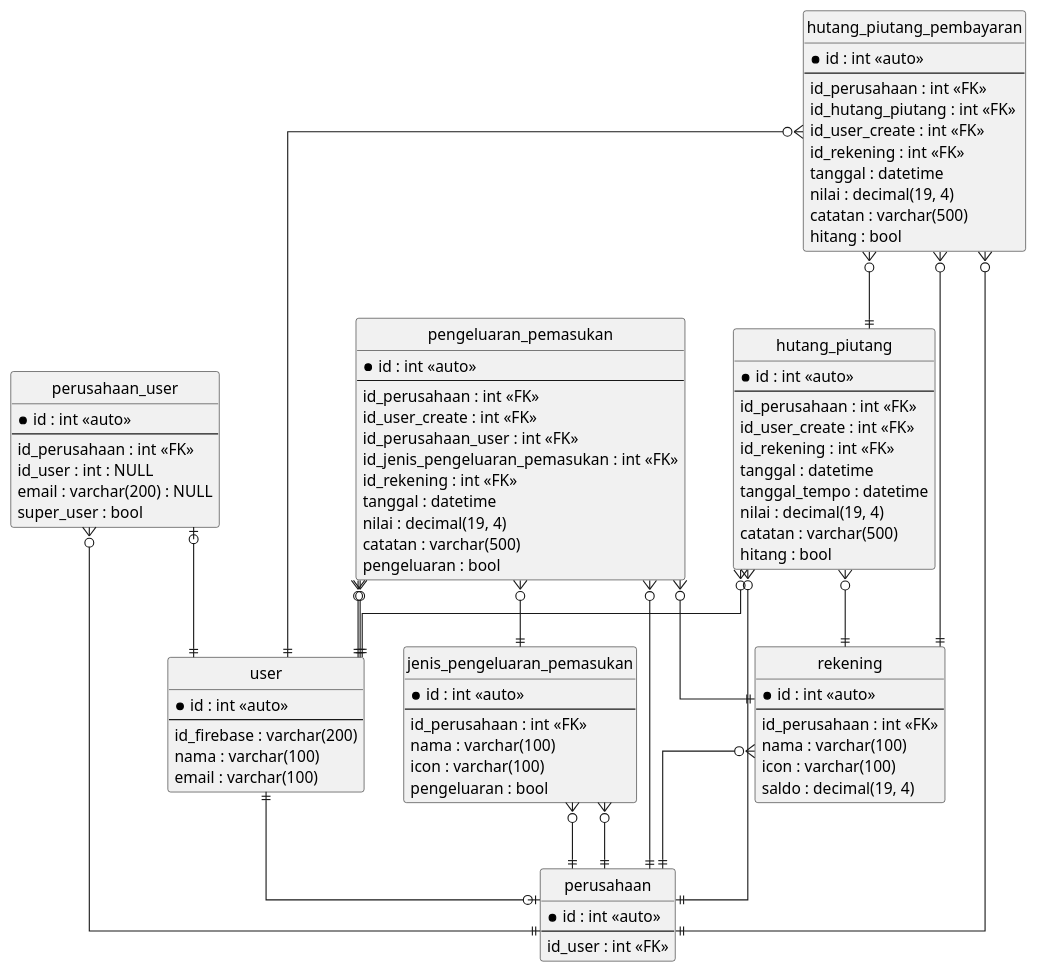
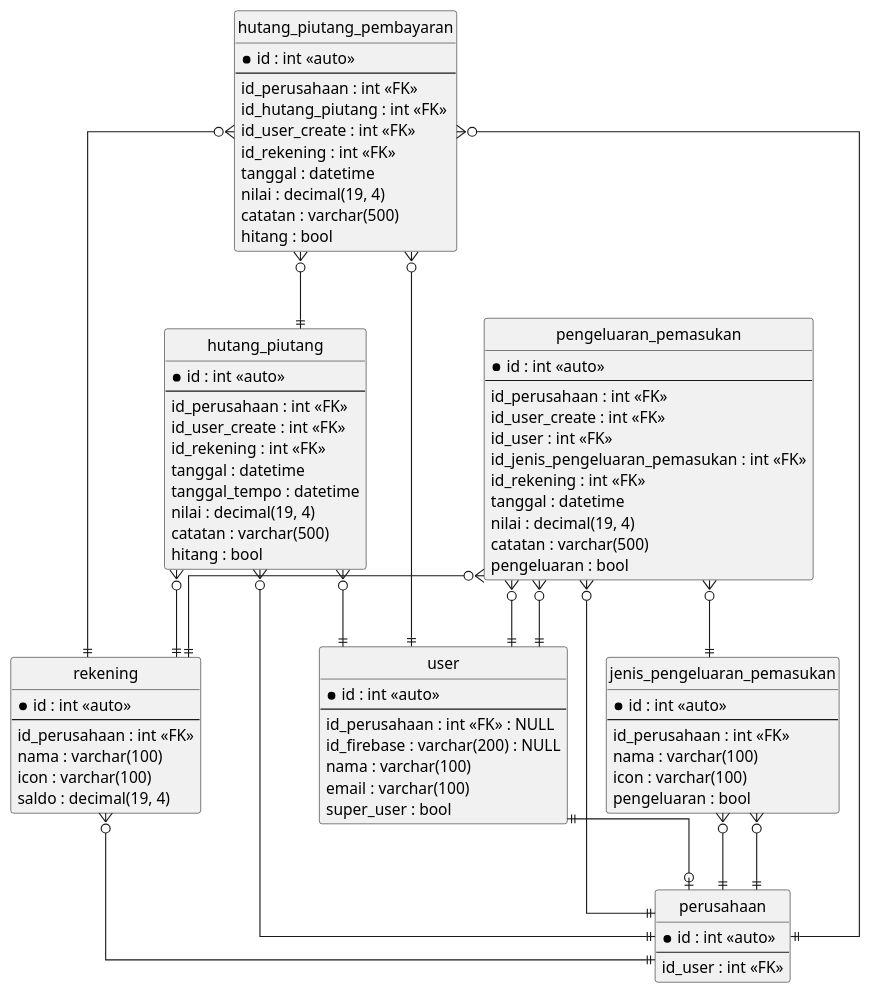
The diagram in rancangan/2.erd.pu (debayus/catatan-keuangan-online), drawn with PlantUML before and after one commit. The commit also changed 24 other files, not shown here.

```diff
--- a/rancangan/2.erd.pu
+++ b/rancangan/2.erd.pu
@@ -1,106 +1,97 @@
 @startuml sample
 
 hide circle
 skinparam linetype ortho
 
 entity "user" as user {
     *id : int <<auto>>
     --
-    id_firebase : varchar(200)
+    id_perusahaan : int <<FK>> : NULL
+    id_firebase : varchar(200) : NULL
     nama : varchar(100)
     email : varchar(100)
+    super_user : bool
 }
 
 entity "perusahaan" as perusahaan {
     *id : int <<auto>>
     --
     id_user : int <<FK>>
-}
-
-entity "perusahaan_user" as perusahaan_user {
-    *id : int <<auto>>
-    --
-    id_perusahaan : int <<FK>>
-    id_user : int : NULL
-    email : varchar(200) : NULL
-    super_user : bool
 }
 
 entity "rekening" as rekening {
     *id : int <<auto>>
     --
     id_perusahaan : int <<FK>>
     nama : varchar(100)
     icon : varchar(100)
     saldo : decimal(19, 4)
 }
 
 entity "jenis_pengeluaran_pemasukan" as jenis_pengeluaran_pemasukan {
     *id : int <<auto>>
     --
     id_perusahaan : int <<FK>>
     nama : varchar(100)
     icon : varchar(100)
     pengeluaran : bool
 }
 
 entity "pengeluaran_pemasukan" as pengeluaran_pemasukan {
     *id : int <<auto>>
     --
     id_perusahaan : int <<FK>>
     id_user_create : int <<FK>>
-    id_perusahaan_user : int <<FK>>
+    id_user : int <<FK>>
     id_jenis_pengeluaran_pemasukan : int <<FK>>
     id_rekening : int <<FK>>
     tanggal : datetime
     nilai : decimal(19, 4)
     catatan : varchar(500)
     pengeluaran : bool
 }
 
 entity "hutang_piutang" as hutang_piutang {
     *id : int <<auto>>
     --
     id_perusahaan : int <<FK>>
     id_user_create : int <<FK>>
     id_rekening : int <<FK>>
     tanggal : datetime
     tanggal_tempo : datetime
     nilai : decimal(19, 4)
     catatan : varchar(500)
     hitang : bool
 }
 
 entity "hutang_piutang_pembayaran" as hutang_piutang_pembayaran {
     *id : int <<auto>>
     --
     id_perusahaan : int <<FK>>
     id_hutang_piutang : int <<FK>>
     id_user_create : int <<FK>>
     id_rekening : int <<FK>>
     tanggal : datetime
     nilai : decimal(19, 4)
     catatan : varchar(500)
     hitang : bool
 }
 
 user ||--o| perusahaan
-perusahaan_user }o--|| perusahaan
-perusahaan_user |o--|| user
 rekening }o--|| perusahaan
 jenis_pengeluaran_pemasukan }o--|| perusahaan
 jenis_pengeluaran_pemasukan }o--|| perusahaan
 pengeluaran_pemasukan }o--|| perusahaan
 pengeluaran_pemasukan }o--|| user
 pengeluaran_pemasukan }o--|| user
 pengeluaran_pemasukan }o--|| jenis_pengeluaran_pemasukan
 pengeluaran_pemasukan }o--|| rekening
 hutang_piutang }o--|| perusahaan
 hutang_piutang }o--|| user
 hutang_piutang }o--|| rekening
 hutang_piutang_pembayaran }o--|| perusahaan
 hutang_piutang_pembayaran }o--|| hutang_piutang
 hutang_piutang_pembayaran }o--|| user
 hutang_piutang_pembayaran }o--|| rekening
 
 @enduml
```
